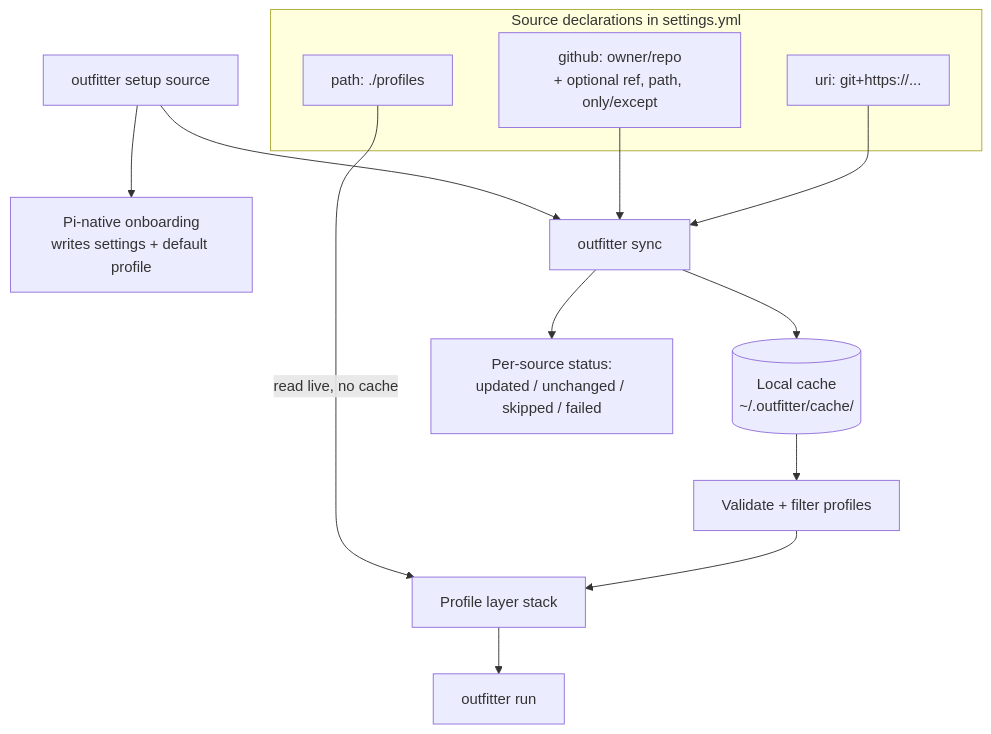
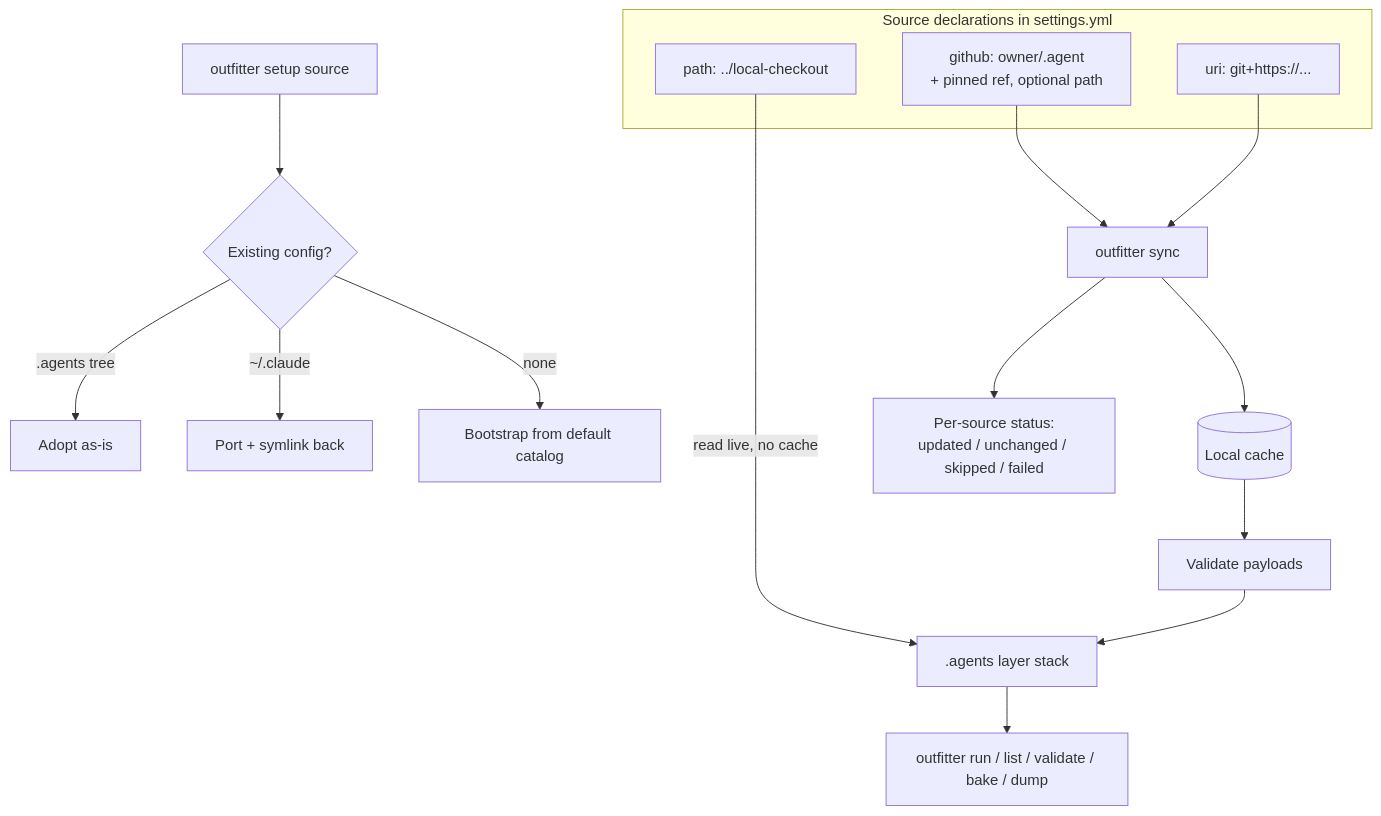
One commit to ai-outfitter/outfitter changed the third of 3 diagrams in docs/architecture/diagrams.md. Above: the diagram before and after it, drawn with Mermaid. The commit also changed other lines of this file and 8 other files, not shown here.

First line of the commit message:
docs(architecture): rewrite architecture docs for the dotagents end state

````diff
--- a/docs/architecture/diagrams.md
+++ b/docs/architecture/diagrams.md
@@ -80,20 +80,22 @@
 ```mermaid
 flowchart TB
   subgraph declare [Source declarations in settings.yml]
-    GH[github: owner/repo<br>+ optional ref, path, only/except]
+    GH[github: owner/.agent<br>+ pinned ref, optional path]
     URI[uri: git+https://...]
-    PATH[path: ./profiles]
+    PATH[path: ../local-checkout]
   end
 
-  SETUP[outfitter setup source] --> ONBOARD[Pi-native onboarding<br>writes settings + default profile]
-  SETUP --> SYNCOP
+  SETUP[outfitter setup source] --> DETECT{Existing config?}
+  DETECT -->|.agents tree| ADOPT[Adopt as-is]
+  DETECT -->|~/.claude| PORT[Port + symlink back]
+  DETECT -->|none| ONBOARD[Bootstrap from default catalog]
 
   GH --> SYNCOP[outfitter sync]
   URI --> SYNCOP
-  SYNCOP --> CACHE[(Local cache<br>~/.outfitter/cache/)]
+  SYNCOP --> CACHE[(Local cache)]
   SYNCOP --> STATUS[Per-source status:<br>updated / unchanged / skipped / failed]
-  CACHE --> VALIDATE[Validate + filter profiles]
+  CACHE --> VALIDATE[Validate payloads]
   PATH -->|read live, no cache| LAYERS
-  VALIDATE --> LAYERS[Profile layer stack]
-  LAYERS --> RUN[outfitter run]
+  VALIDATE --> LAYERS[.agents layer stack]
+  LAYERS --> RUN[outfitter run / list / validate / bake / dump]
 ```
````
